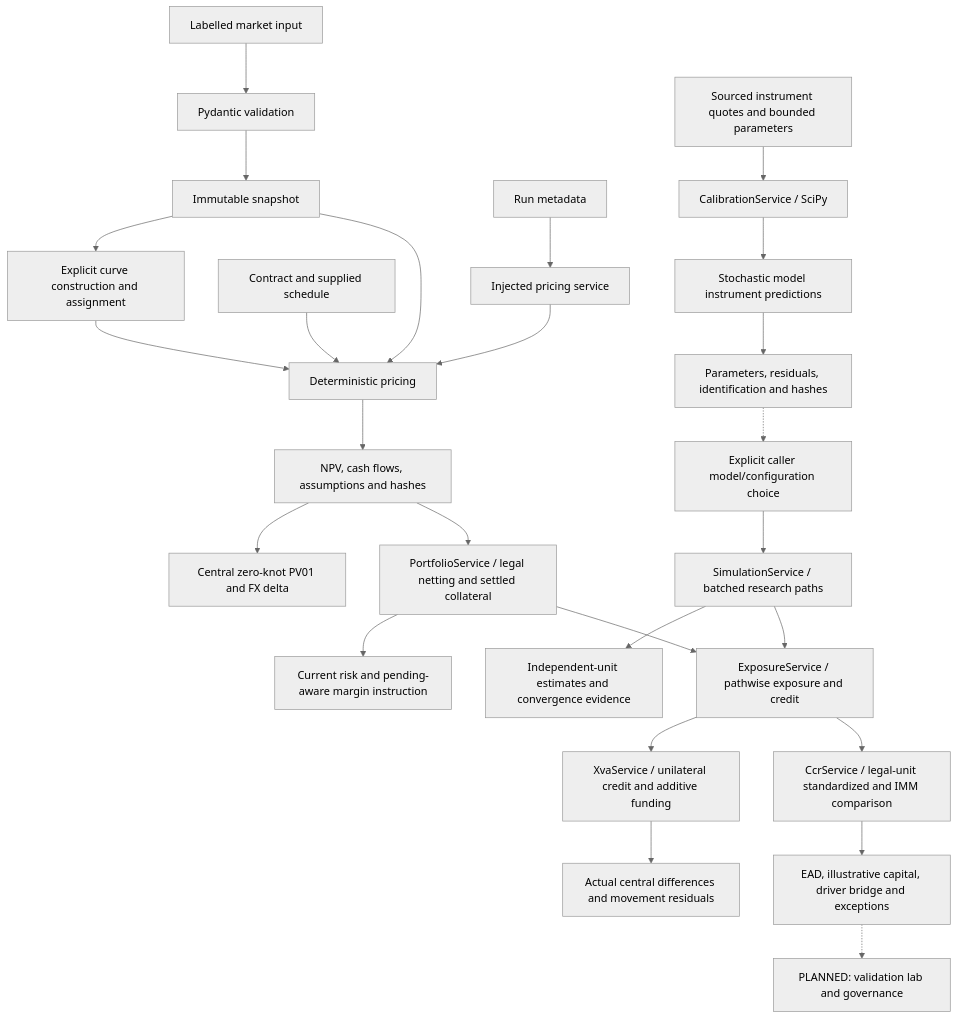
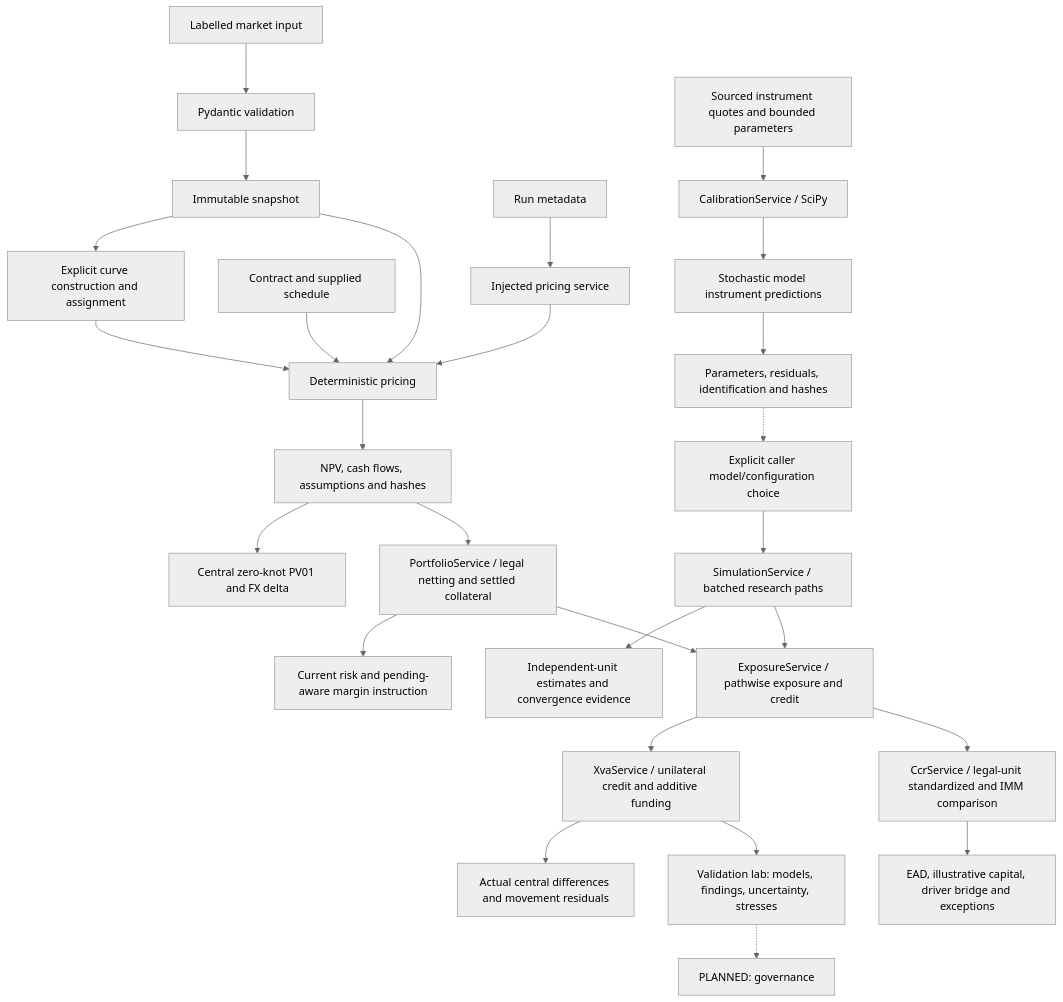
One commit to vaibhav7506/parallax-risk changed the diagram in docs/WORKFLOW.md. Above: the diagram before and after it, drawn with Mermaid (neutral theme). The commit also changed other lines of this file and 7 other files, not shown here.

Commit message:
docs: map validation components and architecture

````diff
--- a/docs/WORKFLOW.md
+++ b/docs/WORKFLOW.md
@@ -3,28 +3,29 @@
 ```mermaid
 flowchart TD
     JSON[Labelled market input] --> VALID[Pydantic validation]
     VALID --> SNAP[Immutable snapshot]
     SNAP --> CURVES[Explicit curve construction and assignment]
     CONTRACT[Contract and supplied schedule] --> PRICE[Deterministic pricing]
     SNAP --> PRICE
     CURVES --> PRICE
     RUN[Run metadata] --> SERVICE[Injected pricing service]
     SERVICE --> PRICE
     PRICE --> RESULT[NPV, cash flows, assumptions and hashes]
     RESULT --> RISK[Central zero-knot PV01 and FX delta]
     CALJSON[Sourced instrument quotes and bounded parameters] --> CAL[CalibrationService / SciPy]
     CAL --> MODELS[Stochastic model instrument predictions]
     MODELS --> FIT[Parameters, residuals, identification and hashes]
     FIT -.-> CONFIG[Explicit caller model/configuration choice]
     CONFIG --> MC[SimulationService / batched research paths]
     MC --> STATS[Independent-unit estimates and convergence evidence]
     RESULT --> BOOK[PortfolioService / legal netting and settled collateral]
     BOOK --> CURRENT[Current risk and pending-aware margin instruction]
     MC --> EXP[ExposureService / pathwise exposure and credit]
     BOOK --> EXP
     EXP --> XVA[XvaService / unilateral credit and additive funding]
     XVA --> XRISK[Actual central differences and movement residuals]
     EXP --> CCR[CcrService / legal-unit standardized and IMM comparison]
     CCR --> COMP[EAD, illustrative capital, driver bridge and exceptions]
-    COMP -.-> GOV[PLANNED: validation lab and governance]
+    XVA --> LAB[Validation lab: models, findings, uncertainty, stresses]
+    LAB -.-> GOV[PLANNED: governance]
 ```
````
